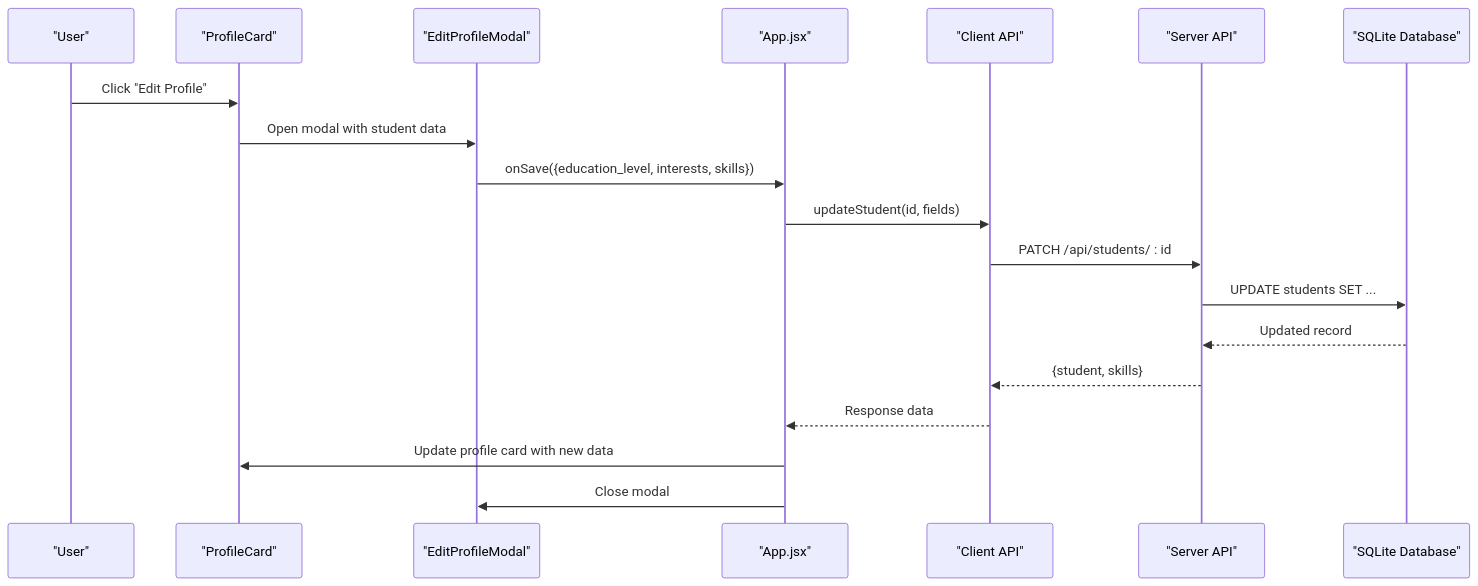
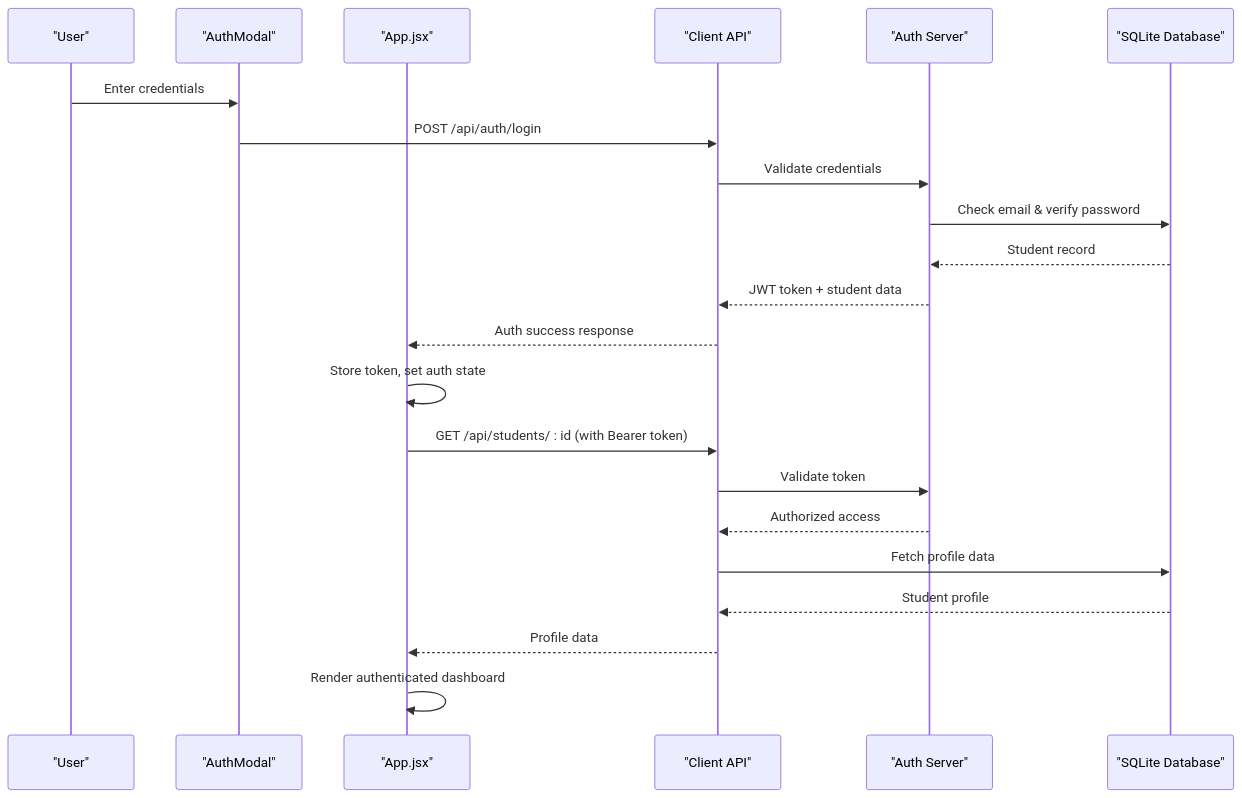
The second of 8 diagrams in .qoder/repowiki/en/content/Core Features/Profile Management System.md (Alishba-Moin/CareerCompass), drawn with Mermaid before and after one commit. The commit also changed other lines of this file and 17 other files, not shown here.

````diff
--- a/.qoder/repowiki/en/content/Core Features/Profile Management System.md
+++ b/.qoder/repowiki/en/content/Core Features/Profile Management System.md
@@ -110,21 +131,24 @@
 ```mermaid
 sequenceDiagram
 participant U as "User"
-participant PC as "ProfileCard"
-participant EM as "EditProfileModal"
+participant AM as "AuthModal"
 participant APP as "App.jsx"
 participant API as "Client API"
-participant SRV as "Server API"
+participant AUTH as "Auth Server"
 participant DB as "SQLite Database"
-U->>PC : Click "Edit Profile"
-PC->>EM : Open modal with student data
-EM->>APP : onSave({education_level, interests, skills})
-APP->>API : updateStudent(id, fields)
-API->>SRV : PATCH /api/students/ : id
-SRV->>DB : UPDATE students SET ...
-DB-->>SRV : Updated record
-SRV-->>API : {student, skills}
-API-->>APP : Response data
-APP->>PC : Update profile card with new data
-APP->>EM : Close modal
+U->>AM : Enter credentials
+AM->>API : POST /api/auth/login
+API->>AUTH : Validate credentials
+AUTH->>DB : Check email & verify password
+DB-->>AUTH : Student record
+AUTH-->>API : JWT token + student data
+API-->>APP : Auth success response
+APP->>APP : Store token, set auth state
+APP->>API : GET /api/students/ : id (with Bearer token)
+API->>AUTH : Validate token
+AUTH-->>API : Authorized access
+API->>DB : Fetch profile data
+DB-->>API : Student profile
+API-->>APP : Profile data
+APP->>APP : Render authenticated dashboard
 ```
````
